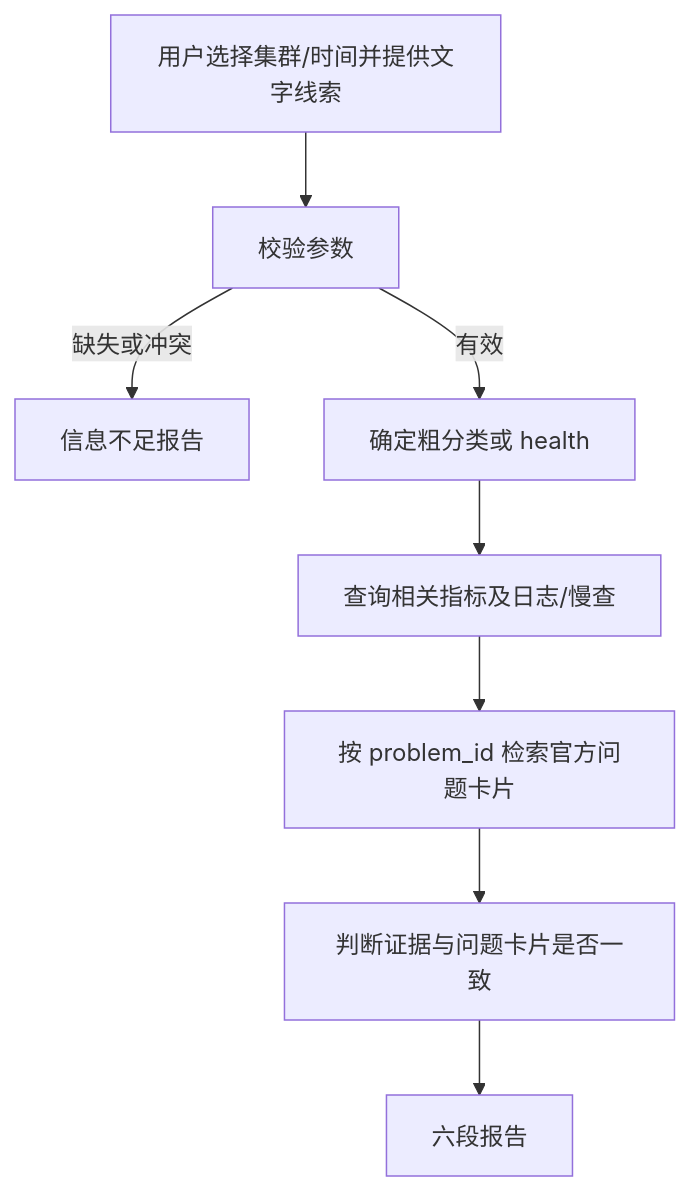
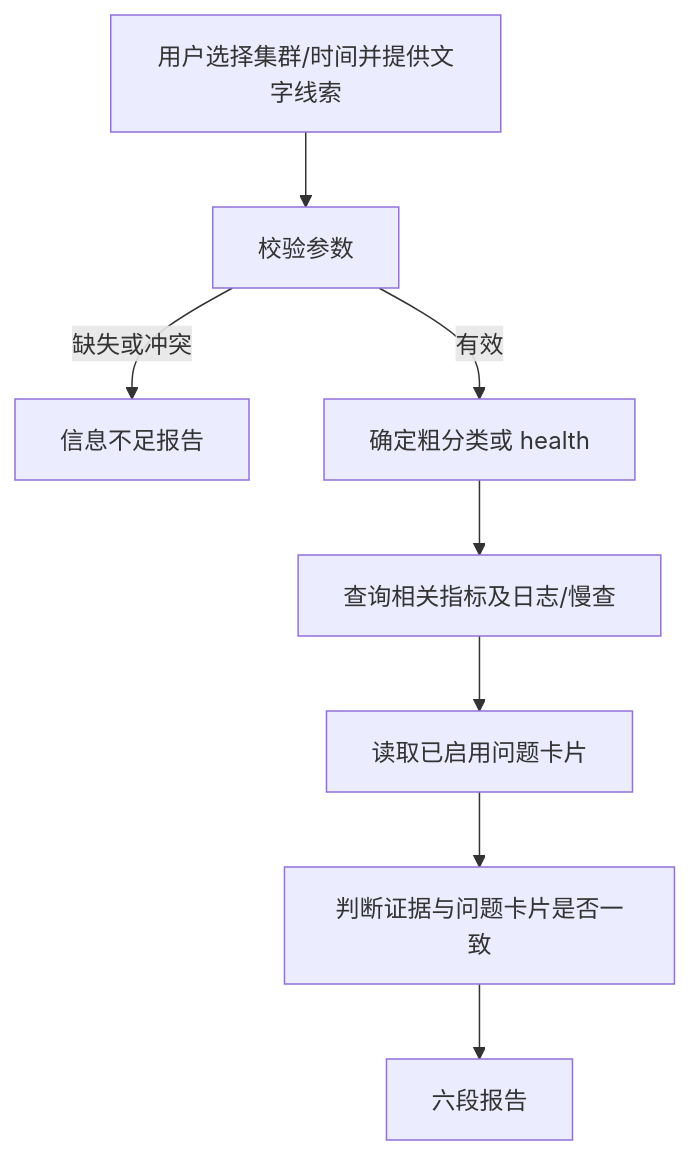
The diagram in docs/tidb-diag-agent-requirements.md (yangzhengjie/tidb-diag), drawn with Mermaid before and after one commit. The commit also changed other lines of this file and 2 other files, not shown here.

````diff
--- a/docs/tidb-diag-agent-requirements.md
+++ b/docs/tidb-diag-agent-requirements.md
@@ -116,10 +123,10 @@
 ```mermaid
 flowchart TB
     Start["用户选择集群/时间并提供文字线索"] --> Validate["校验参数"]
     Validate -->|缺失或冲突| Insufficient["信息不足报告"]
     Validate -->|有效| Route["确定粗分类或 health"]
     Route --> Evidence["查询相关指标及日志/慢查"]
-    Evidence --> Card["按 problem_id 检索官方问题卡片"]
+    Evidence --> Card["读取已启用问题卡片"]
     Card --> Decide["判断证据与问题卡片是否一致"]
     Decide --> Report["六段报告"]
 ```
````
